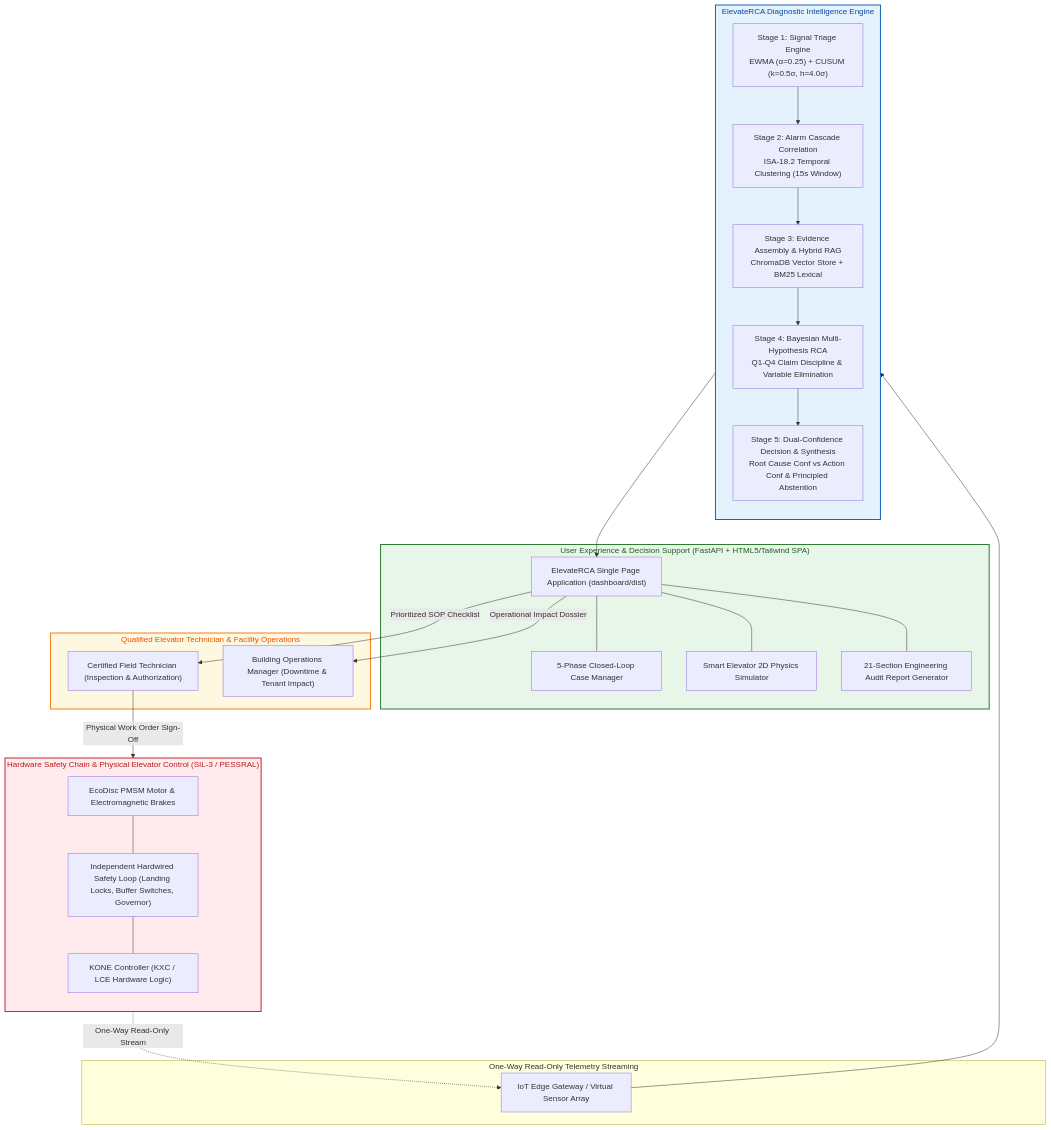
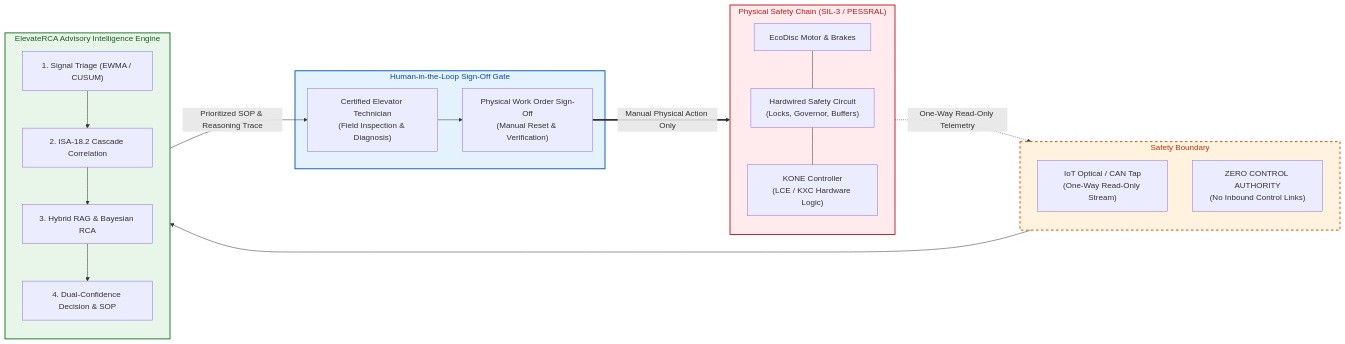
The first of 5 diagrams in README.md (Starmann1/ElevateRCA), drawn with Mermaid before and after one commit. The commit also changed other lines of this file, not shown here.

Commit message:
docs: fix LaTeX math display rendering on GitHub and clarify SIL-3 safety boundary diagram

````diff
--- a/README.md
+++ b/README.md
@@ -87,62 +94,46 @@
 ```mermaid
-flowchart TD
-    subgraph Safety_Loop["Hardware Safety Chain & Physical Elevator Control (SIL-3 / PESSRAL)"]
+flowchart LR
+    subgraph SIL3["Physical Safety Chain (SIL-3 / PESSRAL)"]
         direction TB
-        HARDWARE["EcoDisc PMSM Motor & Electromagnetic Brakes"]
-        SAFETY_CHAIN["Independent Hardwired Safety Loop (Landing Locks, Buffer Switches, Governor)"]
-        CONTROLLER["KONE Controller (KXC / LCE Hardware Logic)"]
-        HARDWARE --- SAFETY_CHAIN
-        SAFETY_CHAIN --- CONTROLLER
+        HARDWARE["EcoDisc Motor & Brakes"]
+        SAFETY["Hardwired Safety Circuit<br/>(Locks, Governor, Buffers)"]
+        CONTROLLER["KONE Controller<br/>(LCE / KXC Hardware Logic)"]
+        HARDWARE --- SAFETY --- CONTROLLER
     end
 
-    subgraph Data_Acquisition["One-Way Read-Only Telemetry Streaming"]
-        IOT["IoT Edge Gateway / Virtual Sensor Array"]
-        CONTROLLER -.->|One-Way Read-Only Stream| IOT
+    subgraph BARRIER["Safety Boundary"]
+        direction TB
+        TAP["IoT Optical / CAN Tap<br/>(One-Way Read-Only Stream)"]
+        NO_CTRL["ZERO CONTROL AUTHORITY<br/>(No Inbound Control Links)"]
     end
 
-    subgraph ElevateRCA_Core["ElevateRCA Diagnostic Intelligence Engine"]
+    subgraph ADVISORY["ElevateRCA Advisory Intelligence Engine"]
         direction TB
-        STAGE1["Stage 1: Signal Triage Engine<br/>EWMA (α=0.25) + CUSUM (k=0.5σ, h=4.0σ)"]
-        STAGE2["Stage 2: Alarm Cascade Correlation<br/>ISA-18.2 Temporal Clustering (15s Window)"]
-        STAGE3["Stage 3: Evidence Assembly & Hybrid RAG<br/>ChromaDB Vector Store + BM25 Lexical"]
-        STAGE4["Stage 4: Bayesian Multi-Hypothesis RCA<br/>Q1-Q4 Claim Discipline & Variable Elimination"]
-        STAGE5["Stage 5: Dual-Confidence Decision & Synthesis<br/>Root Cause Conf vs Action Conf & Principled Abstention"]
-
-        IOT --> STAGE1
-        STAGE1 --> STAGE2
-        STAGE2 --> STAGE3
-        STAGE3 --> STAGE4
-        STAGE4 --> STAGE5
+        TRIAGE["1. Signal Triage (EWMA / CUSUM)"]
+        CORRELATE["2. ISA-18.2 Cascade Correlation"]
+        RAG_BAYES["3. Hybrid RAG & Bayesian RCA"]
+        SYNTHESIS["4. Dual-Confidence Decision & SOP"]
+        TRIAGE --> CORRELATE --> RAG_BAYES --> SYNTHESIS
     end
 
-    subgraph Presentation_Layer["User Experience & Decision Support (FastAPI + HTML5/Tailwind SPA)"]
-        SPA["ElevateRCA Single Page Application (dashboard/dist)"]
-        STATE_MACHINE["5-Phase Closed-Loop Case Manager"]
-        SIM_VIEW["Smart Elevator 2D Physics Simulator"]
-        REPORT_GEN["21-Section Engineering Audit Report Generator"]
-
-        STAGE5 --> SPA
-        SPA --- STATE_MACHINE
-        SPA --- SIM_VIEW
-        SPA --- REPORT_GEN
+    subgraph HUMAN["Human-in-the-Loop Sign-Off Gate"]
+        TECH["Certified Elevator Technician<br/>(Field Inspection & Diagnosis)"]
+        SIGN_OFF["Physical Work Order Sign-Off<br/>(Manual Reset & Verification)"]
+        TECH --> SIGN_OFF
     end
 
-    subgraph Human_In_The_Loop["Qualified Elevator Technician & Facility Operations"]
-        TECH["Certified Field Technician (Inspection & Authorization)"]
-        MGR["Building Operations Manager (Downtime & Tenant Impact)"]
-
-        SPA -->|Prioritized SOP Checklist| TECH
-        SPA -->|Operational Impact Dossier| MGR
-        TECH -->|Physical Work Order Sign-Off| CONTROLLER
-    end
+    CONTROLLER -.->|One-Way Read-Only Telemetry| TAP
+    TAP --> TRIAGE
+    SYNTHESIS -->|Prioritized SOP & Reasoning Trace| TECH
+    SIGN_OFF ==>|Manual Physical Action Only| CONTROLLER
 
     classDef safety fill:#ffebee,stroke:#c62828,stroke-width:2px,color:#b71c1c;
-    classDef engine fill:#e3f2fd,stroke:#1565c0,stroke-width:2px,color:#0d47a1;
-    classDef spa fill:#e8f5e9,stroke:#2e7d32,stroke-width:2px,color:#1b5e20;
-    classDef human fill:#fff8e1,stroke:#f57f17,stroke-width:2px,color:#e65100;
+    classDef barrier fill:#fff3e0,stroke:#e65100,stroke-width:2px,stroke-dasharray: 5 5,color:#bf360c;
+    classDef engine fill:#e8f5e9,stroke:#2e7d32,stroke-width:2px,color:#1b5e20;
+    classDef human fill:#e3f2fd,stroke:#1565c0,stroke-width:2px,color:#0d47a1;
 
-    class Safety_Loop safety;
-    class ElevateRCA_Core engine;
-    class Presentation_Layer spa;
-    class Human_In_The_Loop human;
+    class SIL3 safety;
+    class BARRIER barrier;
+    class ADVISORY engine;
+    class HUMAN human;
 ```
````
